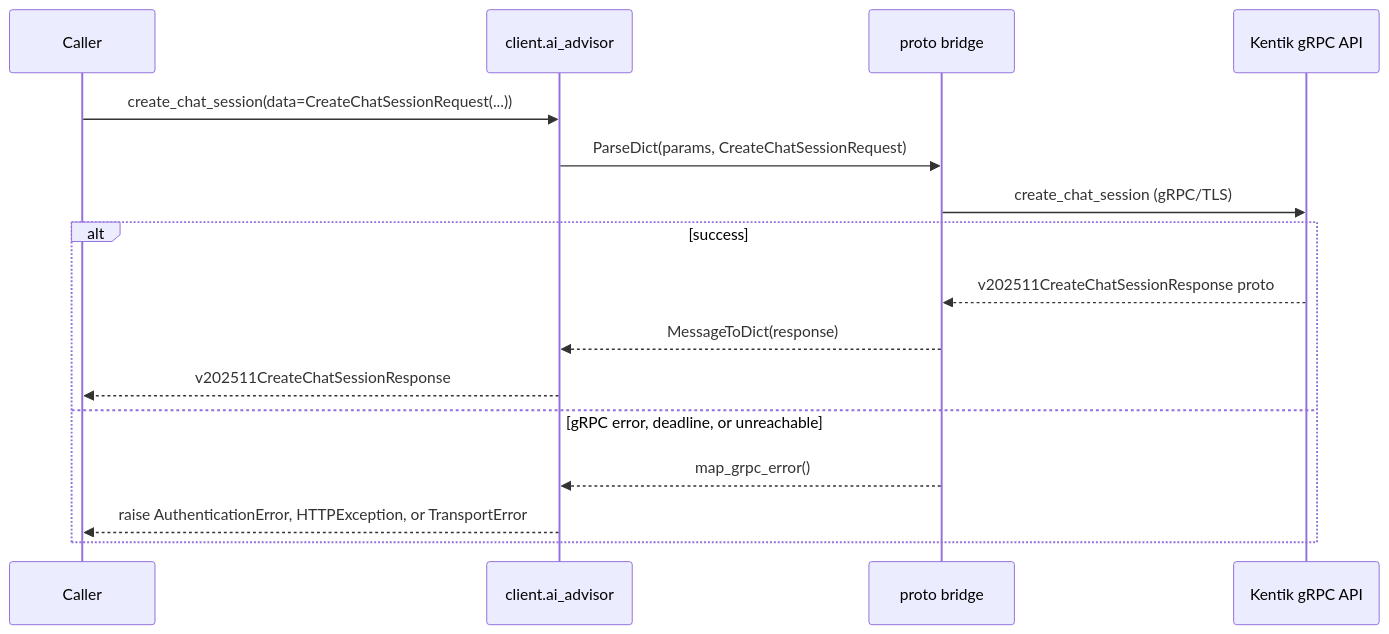
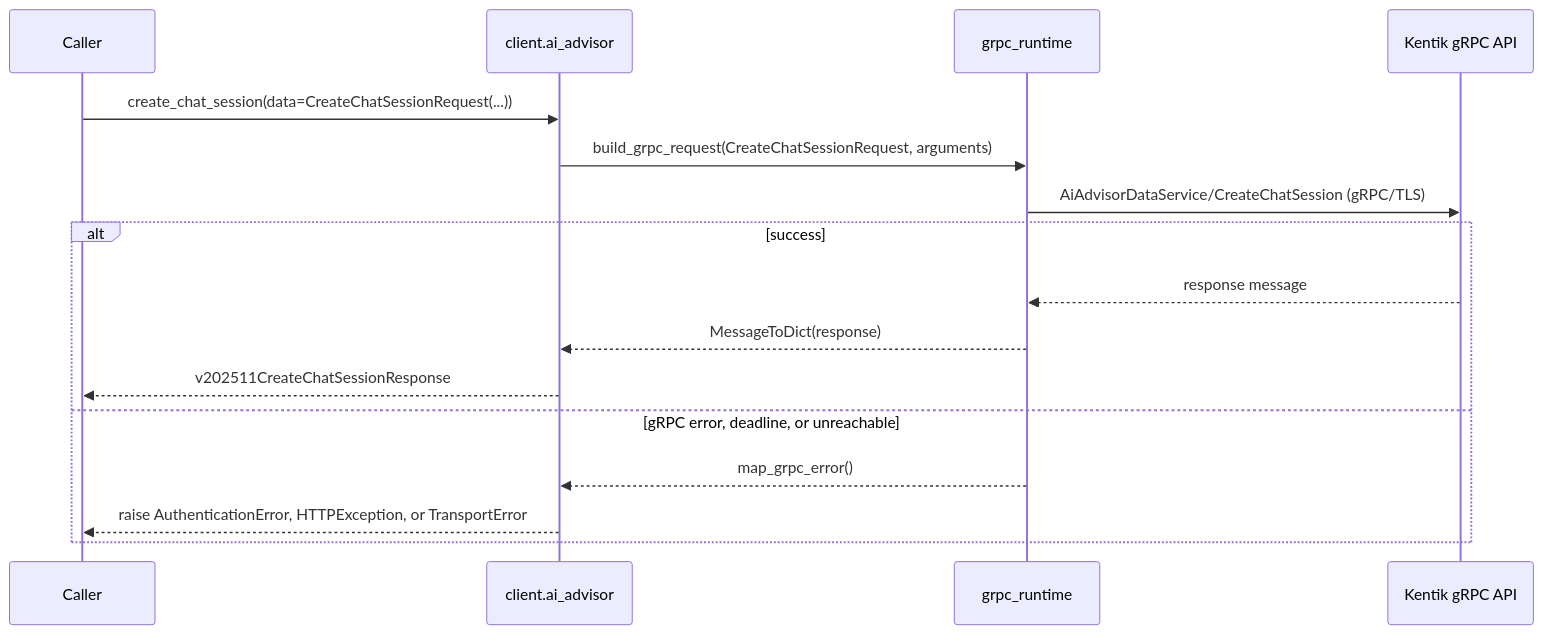
Before and after one commit to alexdearaujo/community_sdk_python: the third of 8 diagrams in docs/sphinx/services/ai_advisor.md, drawn with Mermaid. The commit also changed other lines of this file and 37 other files, not shown here.

First line of the commit message:
docs: show the real RPC in each service page's gRPC diagram

````diff
--- a/docs/sphinx/services/ai_advisor.md
+++ b/docs/sphinx/services/ai_advisor.md
@@ -59,19 +59,19 @@
 ```mermaid
 sequenceDiagram
     participant C as Caller
     participant W as client.ai_advisor
-    participant B as proto bridge
+    participant R as grpc_runtime
     participant API as Kentik gRPC API
 
     C->>W: create_chat_session(data=CreateChatSessionRequest(...))
-    W->>B: ParseDict(params, CreateChatSessionRequest)
-    B->>API: create_chat_session (gRPC/TLS)
+    W->>R: build_grpc_request(CreateChatSessionRequest, arguments)
+    R->>API: AiAdvisorDataService/CreateChatSession (gRPC/TLS)
     alt success
-        API-->>B: v202511CreateChatSessionResponse proto
-        B-->>W: MessageToDict(response)
+        API-->>R: response message
+        R-->>W: MessageToDict(response)
         W-->>C: v202511CreateChatSessionResponse
     else gRPC error, deadline, or unreachable
-        B-->>W: map_grpc_error()
+        R-->>W: map_grpc_error()
         W-->>C: raise AuthenticationError, HTTPException, or TransportError
     end
 ```
````
